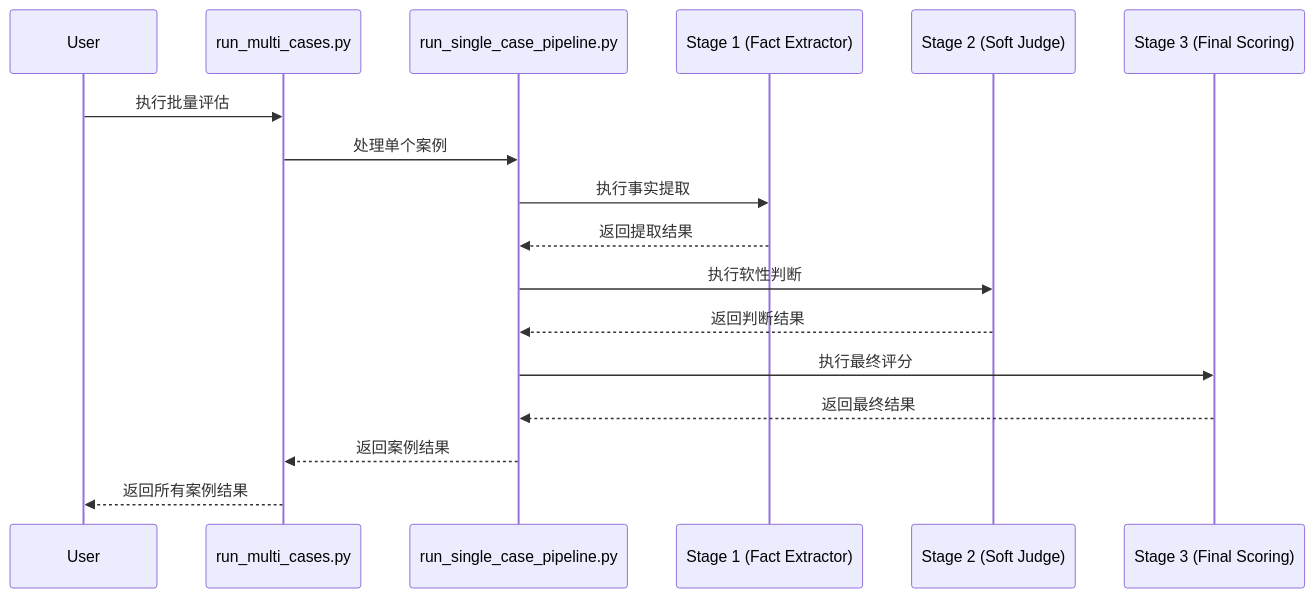
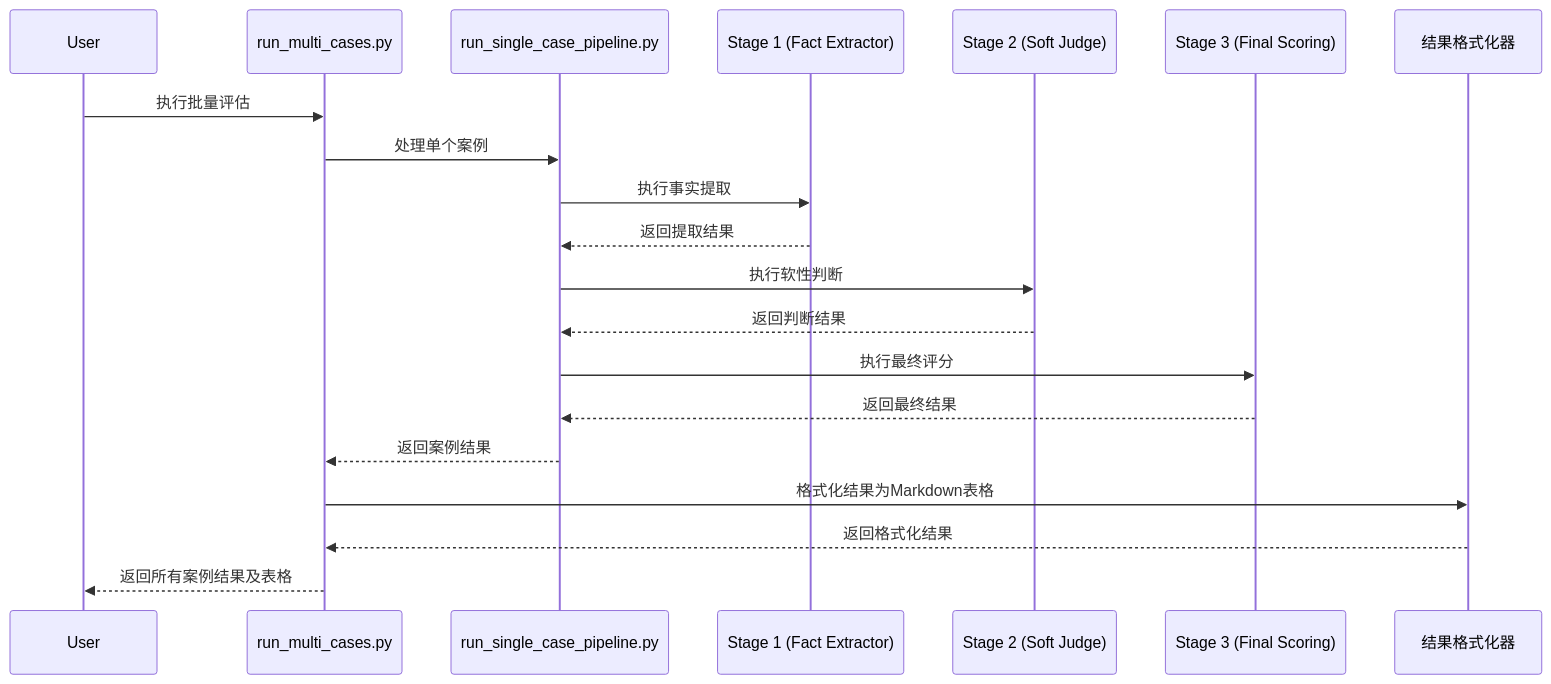
Before and after one commit to zhangxudong-g/AI_Projects: the third of 8 diagrams in promptfoo_wiki/fact_judge/FLOWCHART.md, drawn with Mermaid. The commit also changed other lines of this file and 12 other files, not shown here.

````diff
--- a/promptfoo_wiki/fact_judge/FLOWCHART.md
+++ b/promptfoo_wiki/fact_judge/FLOWCHART.md
@@ -92,20 +92,23 @@
 ```mermaid
 sequenceDiagram
     participant User
     participant run_multi_cases as run_multi_cases.py
     participant run_single_case as run_single_case_pipeline.py
     participant stage1 as Stage 1 (Fact Extractor)
     participant stage2 as Stage 2 (Soft Judge)
     participant stage3 as Stage 3 (Final Scoring)
+    participant formatter as 结果格式化器
 
     User->>run_multi_cases: 执行批量评估
     run_multi_cases->>run_single_case: 处理单个案例
     run_single_case->>stage1: 执行事实提取
     stage1-->>run_single_case: 返回提取结果
     run_single_case->>stage2: 执行软性判断
     stage2-->>run_single_case: 返回判断结果
     run_single_case->>stage3: 执行最终评分
     stage3-->>run_single_case: 返回最终结果
     run_single_case-->>run_multi_cases: 返回案例结果
-    run_multi_cases-->>User: 返回所有案例结果
+    run_multi_cases->>formatter: 格式化结果为Markdown表格
+    formatter-->>run_multi_cases: 返回格式化结果
+    run_multi_cases-->>User: 返回所有案例结果及表格
 ```
````
